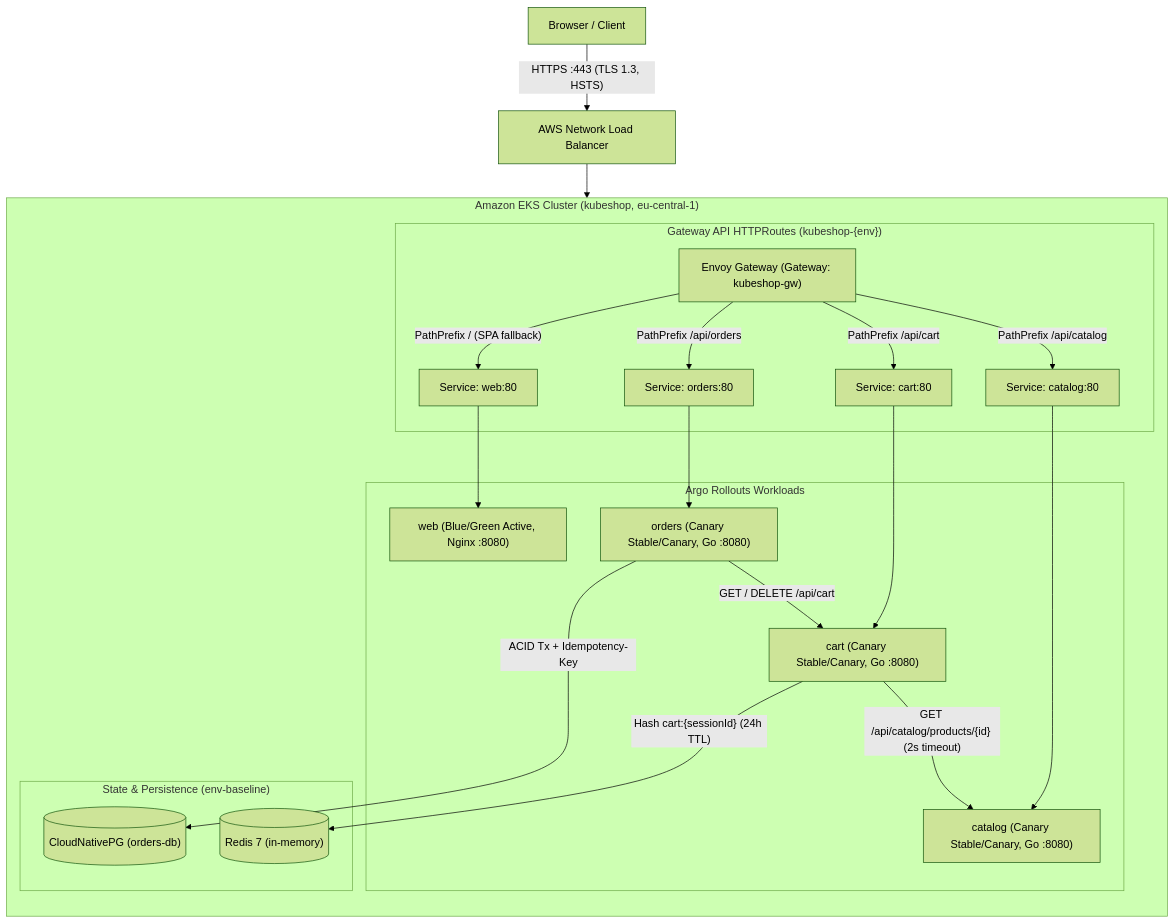
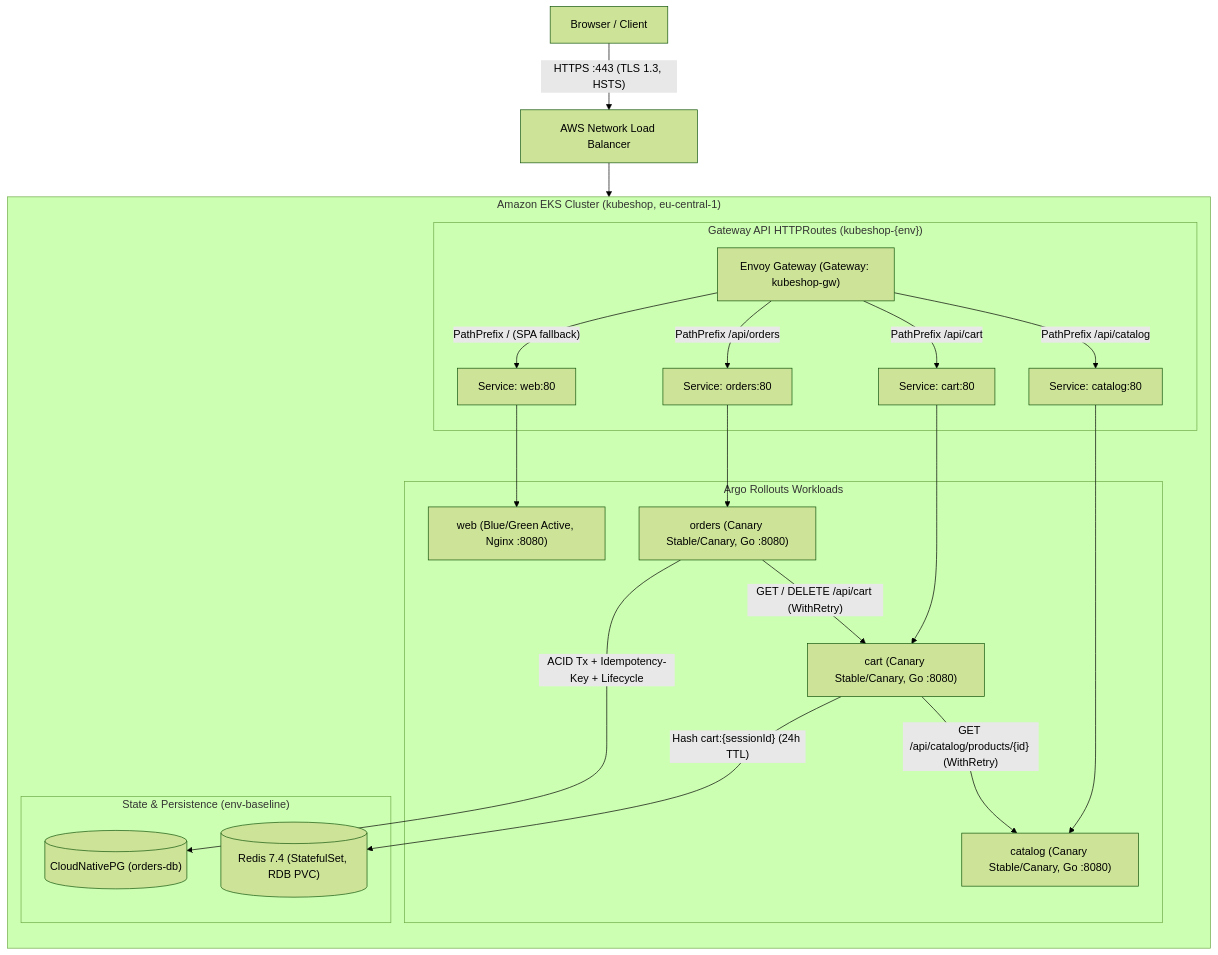
Before and after one commit to omar-riadd/KubeShop: the first of 5 diagrams in docs/architecture.md, drawn with Mermaid (forest theme). The commit also changed other lines of this file and 5 other files, not shown here.

Commit message:
docs: sync all documentation, architecture, and shared contract v1.1 across repo

````diff
--- a/docs/architecture.md
+++ b/docs/architecture.md
@@ -13,30 +13,30 @@
 ```mermaid
 flowchart TD
     Browser["Browser / Client"] -- "HTTPS :443 (TLS 1.3, HSTS)" --> NLB["AWS Network Load Balancer"]
     NLB --> GW["Envoy Gateway (Gateway: kubeshop-gw)"]
 
     subgraph EKS["Amazon EKS Cluster (kubeshop, eu-central-1)"]
         direction TB
 
         subgraph Routing["Gateway API HTTPRoutes (kubeshop-{env})"]
             GW -- "PathPrefix /api/catalog" --> SvcCatalog["Service: catalog:80"]
             GW -- "PathPrefix /api/cart" --> SvcCart["Service: cart:80"]
             GW -- "PathPrefix /api/orders" --> SvcOrders["Service: orders:80"]
             GW -- "PathPrefix / (SPA fallback)" --> SvcWeb["Service: web:80"]
         end
 
         subgraph Rollouts["Argo Rollouts Workloads"]
             SvcWeb --> WebActive["web (Blue/Green Active, Nginx :8080)"]
             SvcCatalog --> CatalogStable["catalog (Canary Stable/Canary, Go :8080)"]
             SvcCart --> CartStable["cart (Canary Stable/Canary, Go :8080)"]
             SvcOrders --> OrdersStable["orders (Canary Stable/Canary, Go :8080)"]
         end
 
         subgraph Data["State & Persistence (env-baseline)"]
-            CartStable -- "GET /api/catalog/products/{id} (2s timeout)" --> CatalogStable
-            CartStable -- "Hash cart:{sessionId} (24h TTL)" --> Redis[("Redis 7 (in-memory)")]
-            OrdersStable -- "GET / DELETE /api/cart" --> CartStable
-            OrdersStable -- "ACID Tx + Idempotency-Key" --> PG[("CloudNativePG (orders-db)")]
+            CartStable -- "GET /api/catalog/products/{id} (WithRetry)" --> CatalogStable
+            CartStable -- "Hash cart:{sessionId} (24h TTL)" --> Redis[("Redis 7.4 (StatefulSet, RDB PVC)")]
+            OrdersStable -- "GET / DELETE /api/cart (WithRetry)" --> CartStable
+            OrdersStable -- "ACID Tx + Idempotency-Key + Lifecycle" --> PG[("CloudNativePG (orders-db)")]
         end
     end
 ```
````
